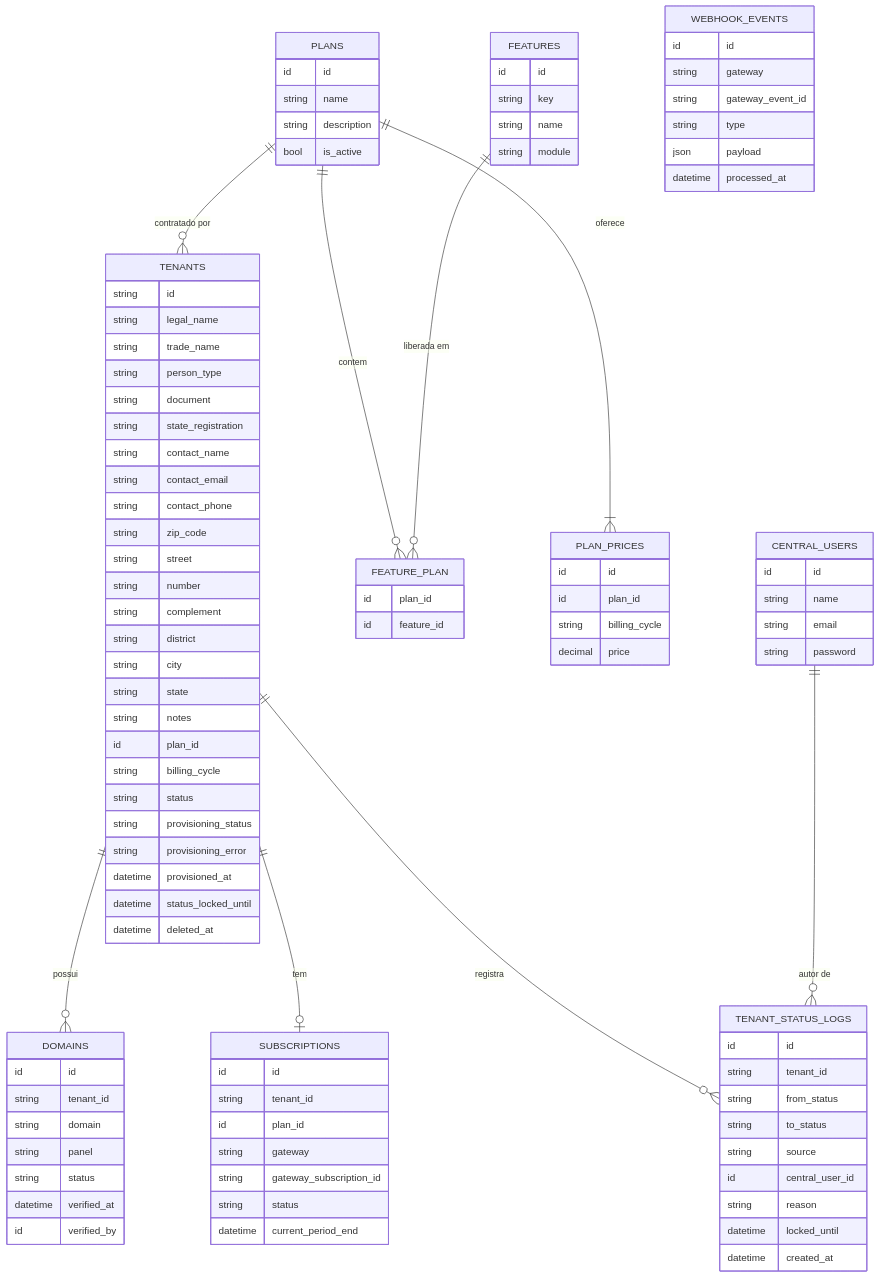
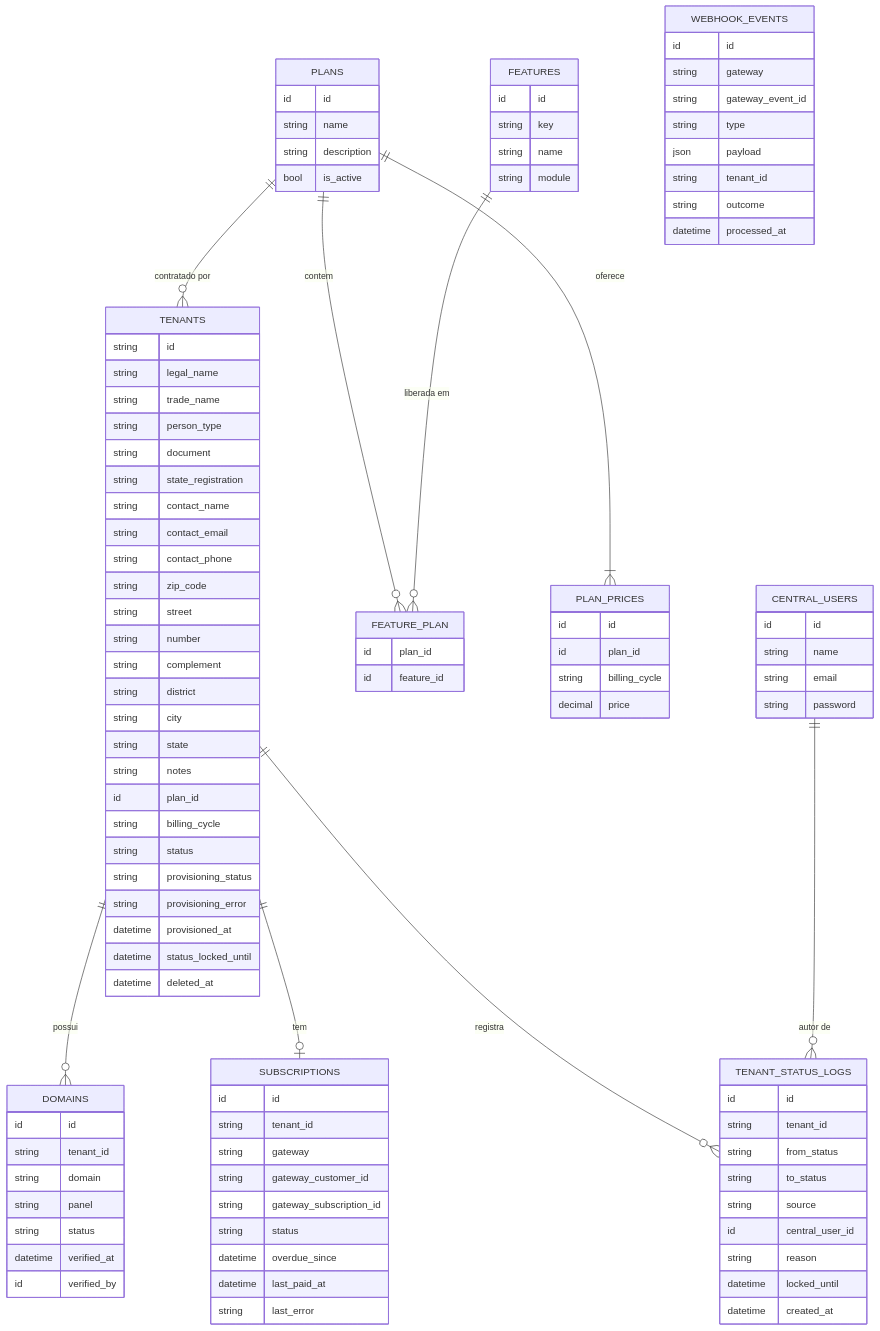
Before and after one commit to uendelsilveira/Multi_Tenant: the first of 4 diagrams in docs/03-modelagem/modelo-de-dados.md, drawn with Mermaid. The commit also changed other lines of this file and 7 other files, not shown here.

```diff
--- a/docs/03-modelagem/modelo-de-dados.md
+++ b/docs/03-modelagem/modelo-de-dados.md
@@ -84,11 +84,13 @@
     SUBSCRIPTIONS {
         id id
         string tenant_id
-        id plan_id
         string gateway
+        string gateway_customer_id
         string gateway_subscription_id
         string status
-        datetime current_period_end
+        datetime overdue_since
+        datetime last_paid_at
+        string last_error
     }
     WEBHOOK_EVENTS {
         id id
@@ -96,6 +98,8 @@
         string gateway_event_id
         string type
         json payload
+        string tenant_id
+        string outcome
         datetime processed_at
     }
     TENANT_STATUS_LOGS {
```
